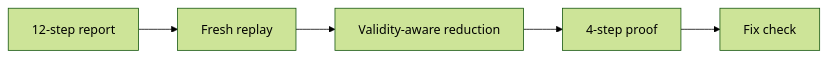
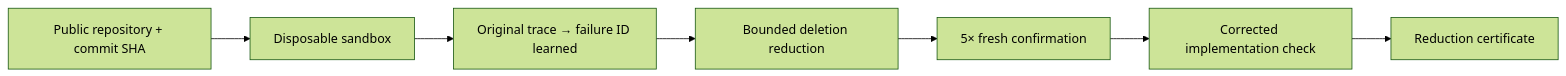
One commit to Syedsaadhhh/SequenceProof changed the diagram in README.md. Above: the diagram before and after it, drawn with Mermaid (forest theme). The commit also changed other lines of this file and 30 other files, not shown here.

Commit message:
feat: add real repository sandbox reduction workflow

````diff
--- a/README.md
+++ b/README.md
@@ -26,7 +21,9 @@
 ```mermaid
 flowchart LR
-    A[12-step report] --> B[Fresh replay]
-    B --> C[Validity-aware reduction]
-    C --> D[4-step proof]
-    D --> E[Fix check]
+    A[Public repository + commit SHA] --> B[Disposable sandbox]
+    B --> C[Original trace → failure ID learned]
+    C --> D[Bounded deletion reduction]
+    D --> E[5× fresh confirmation]
+    E --> F[Corrected implementation check]
+    F --> G[Reduction certificate]
 ```
````
